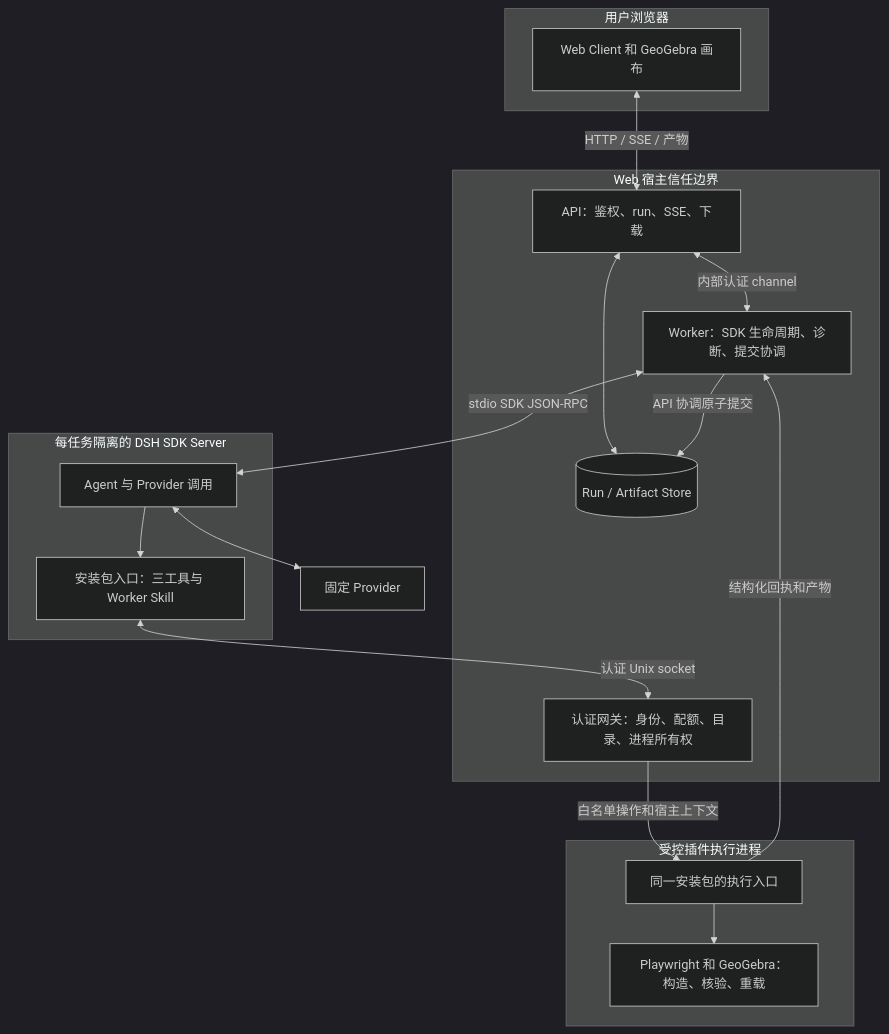
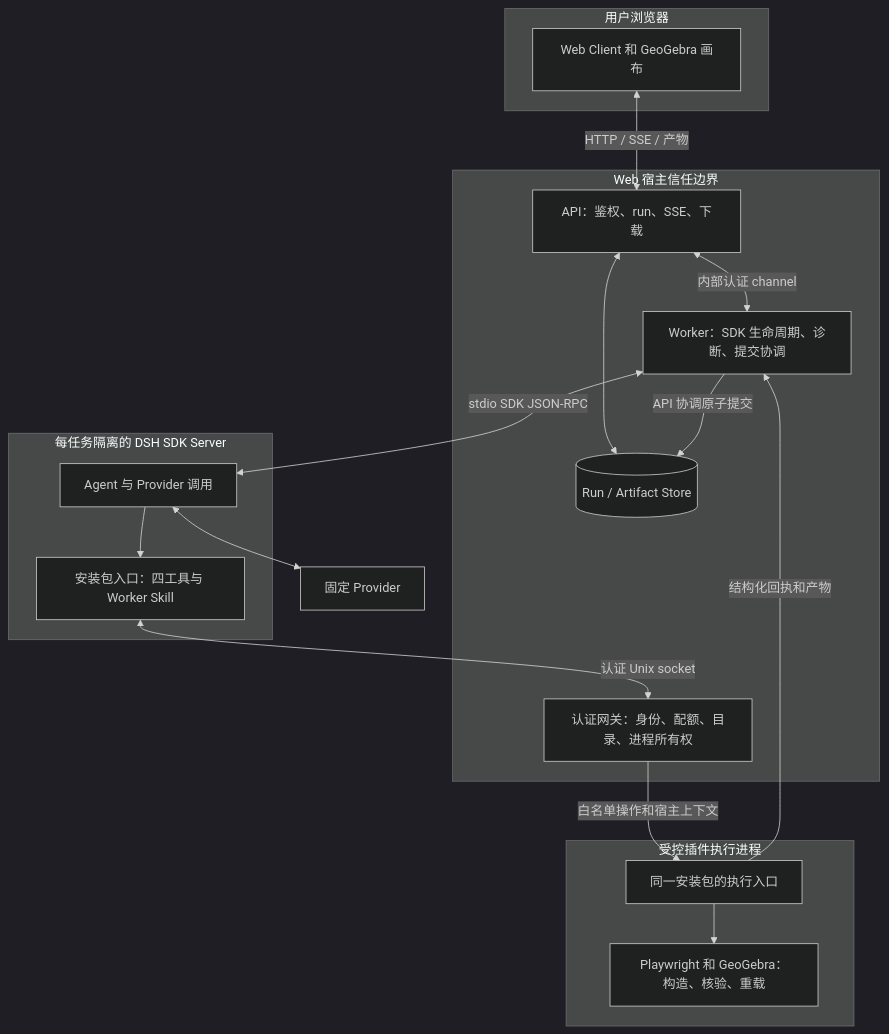
The first of 5 diagrams in docs/ggb-dsh-installed-plugin-design.md (Jack7510/gpt_ggb), drawn with Mermaid (dark theme) before and after one commit. The commit also changed other lines of this file and 56 other files, not shown here.

````diff
--- a/docs/ggb-dsh-installed-plugin-design.md
+++ b/docs/ggb-dsh-installed-plugin-design.md
@@ -68,32 +69,32 @@
 ```mermaid
 flowchart TB
   subgraph Browser[用户浏览器]
     UI[Web Client 和 GeoGebra 画布]
   end
   subgraph Host[Web 宿主信任边界]
     API[API：鉴权、run、SSE、下载]
     Store[(Run / Artifact Store)]
     Worker[Worker：SDK 生命周期、诊断、提交协调]
     Gateway[认证网关：身份、配额、目录、进程所有权]
   end
   subgraph Harness[每任务隔离的 DSH SDK Server]
     Agent[Agent 与 Provider 调用]
-    Adapter[安装包入口：三工具与 Worker Skill]
+    Adapter[安装包入口：四工具与 Worker Skill]
   end
   subgraph Exec[受控插件执行进程]
     Executor[同一安装包的执行入口]
     Runtime[Playwright 和 GeoGebra：构造、核验、重载]
   end
   Provider[固定 Provider]
   UI <-->|HTTP / SSE / 产物| API
   API <--> Store
   API <-->|内部认证 channel| Worker
   Worker <-->|stdio SDK JSON-RPC| Agent
   Agent <--> Provider
   Agent --> Adapter
   Adapter <-->|认证 Unix socket| Gateway
   Gateway -->|白名单操作和宿主上下文| Executor
   Executor --> Runtime
   Executor -->|结构化回执和产物| Worker
   Worker -->|API 协调原子提交| Store
 ```
````
